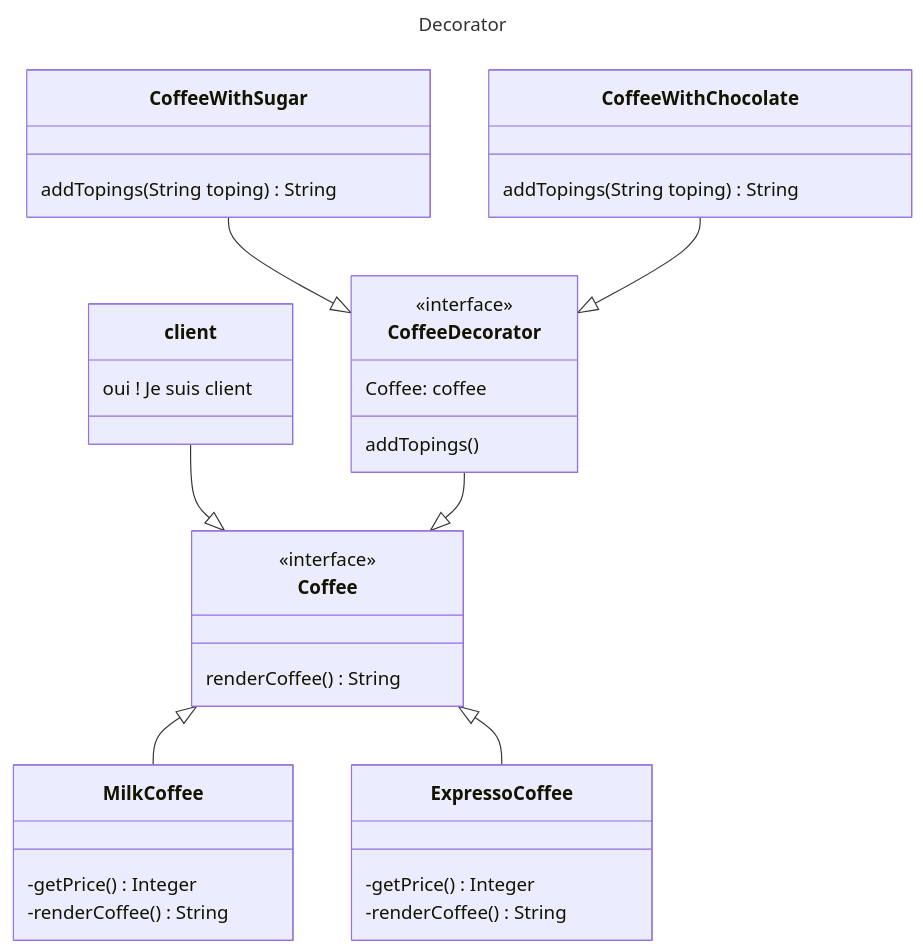
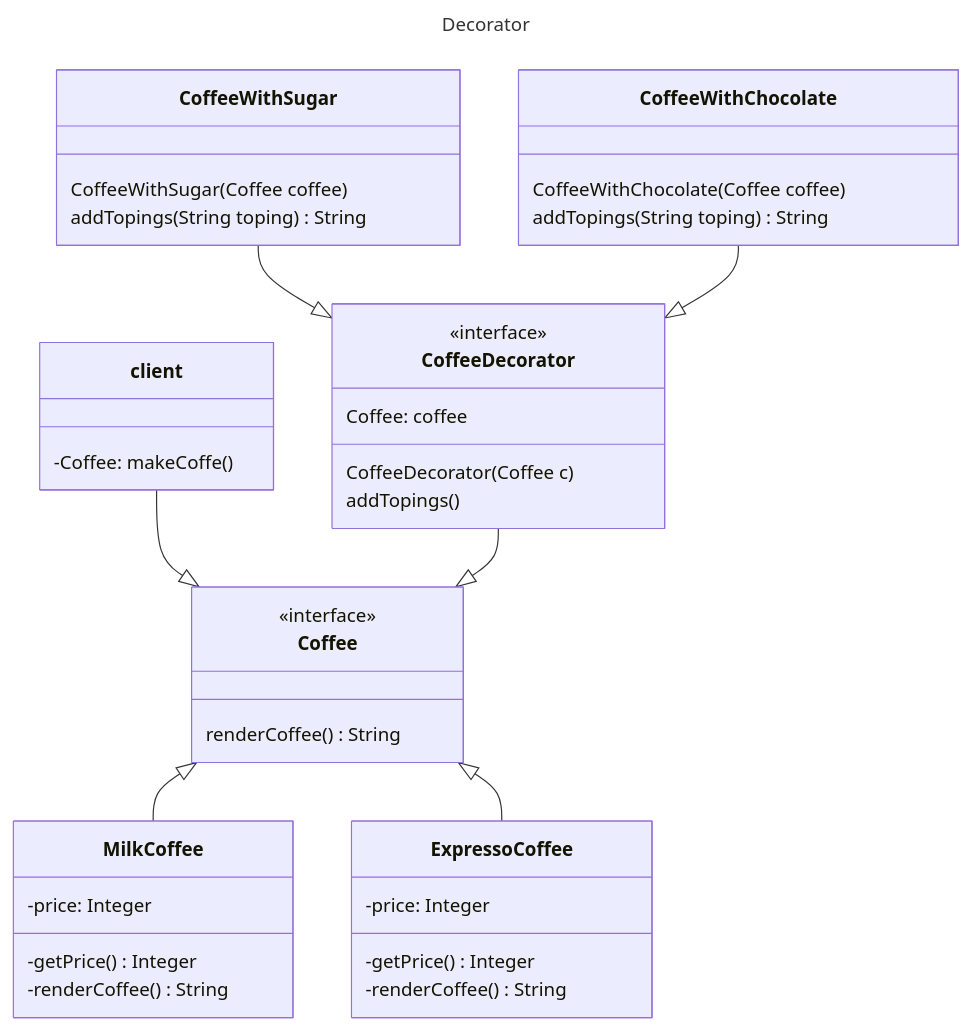
One commit to Oliviermaignan/coffee changed the diagram in CoffeeDecorator.mmd. Above: the diagram before and after it, drawn with Mermaid. The commit also changed 6 other files, not shown here.

```diff
--- a/CoffeeDecorator.mmd
+++ b/CoffeeDecorator.mmd
@@ -1,42 +1,47 @@
 ---
 title: Decorator
 ---
 
 classDiagram
     client--|>Coffee
     CoffeeDecorator--|>Coffee
     Coffee<|--MilkCoffee
     Coffee<|--ExpressoCoffee
     CoffeeWithSugar--|>CoffeeDecorator
     CoffeeWithChocolate--|>CoffeeDecorator
 
     class client{
-        oui ! Je suis client
+        -Coffee: makeCoffe()
     }
 
     class CoffeeDecorator {
     <<interface>>
     Coffee: coffee
+    CoffeeDecorator(Coffee c)
     addTopings()
     }
 
     class CoffeeWithSugar {
-    addTopings(String toping) String
+        CoffeeWithSugar(Coffee coffee)
+        addTopings(String toping) String
     }
 
     class CoffeeWithChocolate {
-    addTopings(String toping) String
+        CoffeeWithChocolate(Coffee coffee)
+        addTopings(String toping) String
     }
 
     class Coffee
     <<interface>> Coffee
     Coffee: renderCoffee() String
 
     class MilkCoffee{
+        -price: Integer
         -getPrice() Integer
         -renderCoffee() String
     }
     class ExpressoCoffee{
+        -price: Integer
         -getPrice() Integer
         -renderCoffee() String
     }
```
